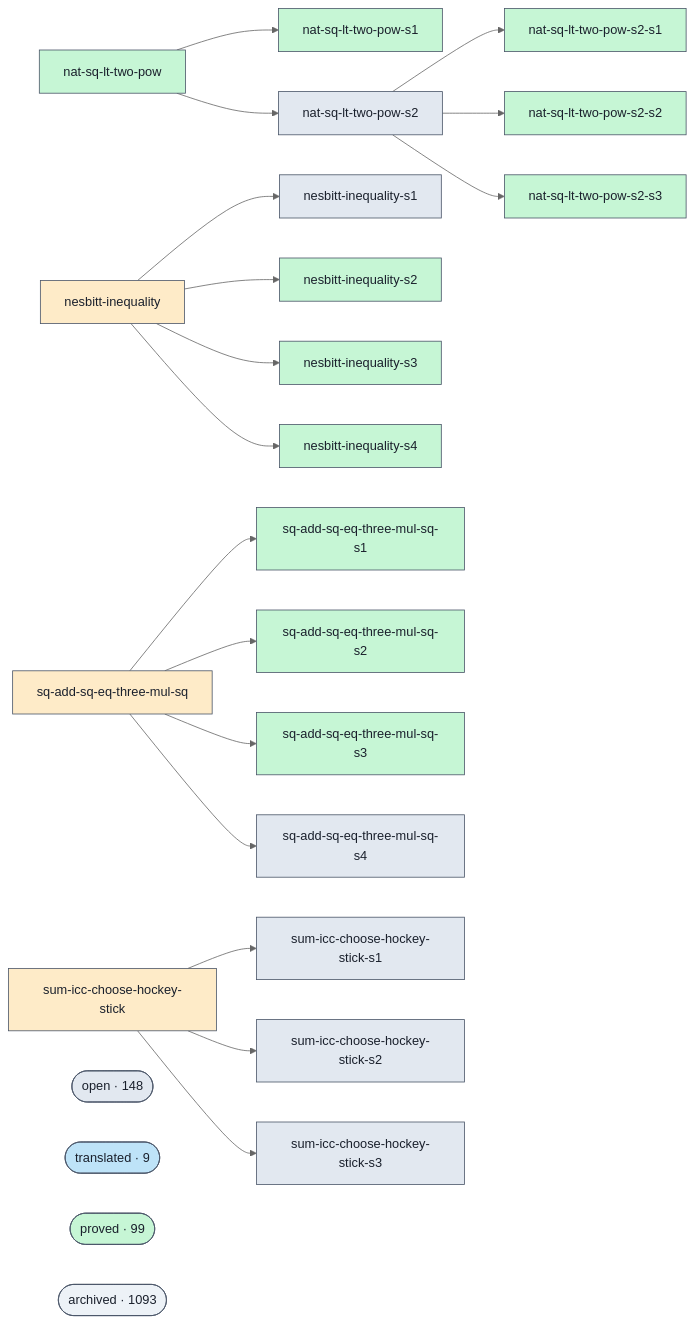
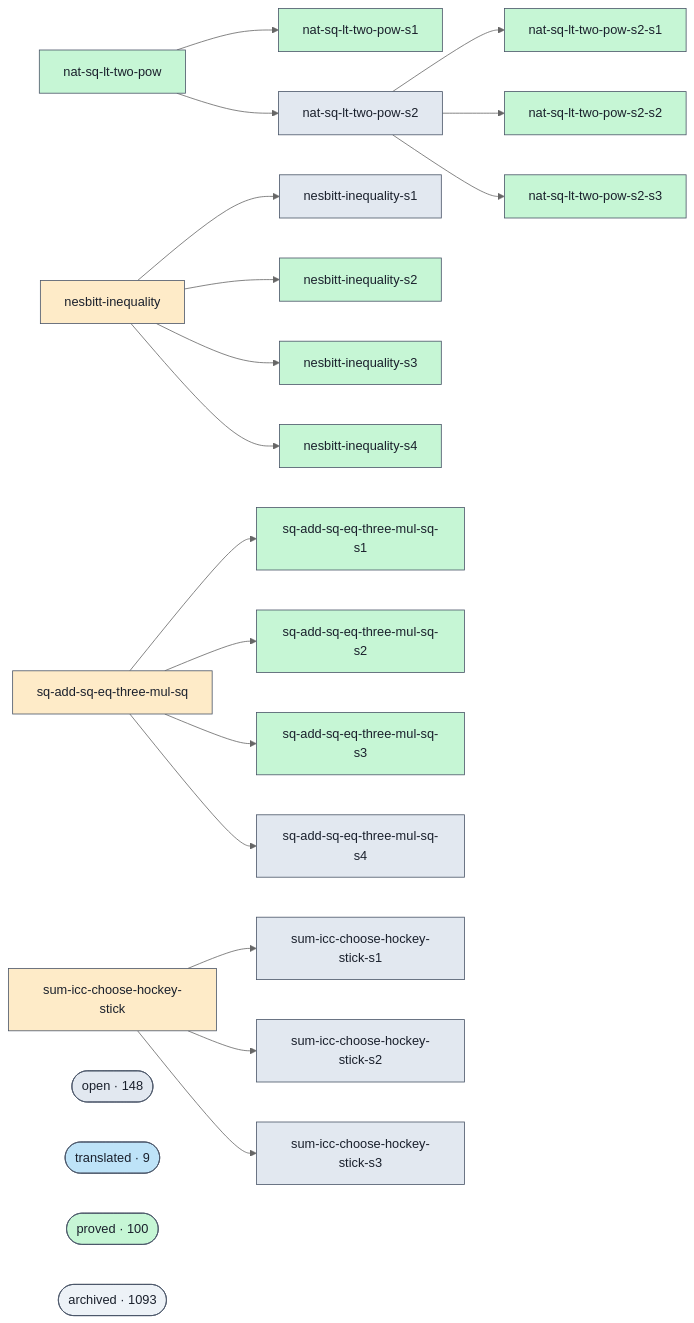
One commit to Rauxon/unsorry changed the diagram in docs/proofs-contributors-visualisation.md. Above: the diagram before and after it, drawn with Mermaid (neutral theme). The commit also changed other lines of this file and 2 other files, not shown here.

```diff
--- a/docs/proofs-contributors-visualisation.md
+++ b/docs/proofs-contributors-visualisation.md
@@ -102,7 +102,7 @@
   class cluster_open open;
   cluster_translated(["translated · 9"])
   class cluster_translated translated;
-  cluster_proved(["proved · 99"])
+  cluster_proved(["proved · 100"])
   class cluster_proved proved;
   cluster_archived(["archived · 1093"])
   class cluster_archived unknown;
```
